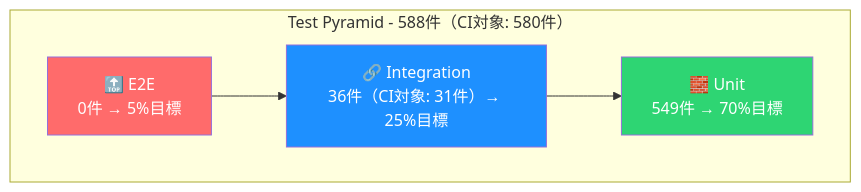
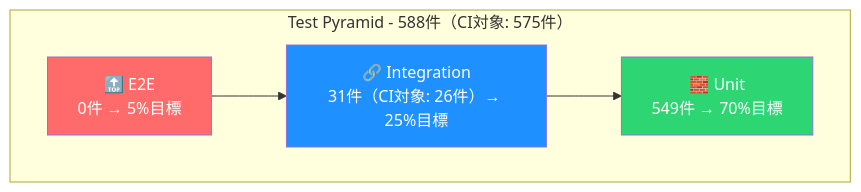
One commit to yaoki-dev/api-test-devops-portfolio changed the second of 3 diagrams in README.md. Above: the diagram before and after it, drawn with Mermaid. The commit also changed other lines of this file and 8 other files, not shown here.

````diff
--- a/README.md
+++ b/README.md
@@ -289,13 +290,13 @@
 ```mermaid
 graph TB
-    subgraph "Test Pyramid - 588件（CI対象: 580件）"
+    subgraph "Test Pyramid - 588件（CI対象: 575件）"
         E2E["🔝 E2E<br/>0件 → 5%目標"]
-        Integration["🔗 Integration<br/>36件（CI対象: 31件）→ 25%目標"]
+        Integration["🔗 Integration<br/>31件（CI対象: 26件）→ 25%目標"]
         Unit["🧱 Unit<br/>549件 → 70%目標"]
     end
     E2E --> Integration --> Unit
 
     style E2E fill:#ff6b6b,color:#fff
     style Integration fill:#1e90ff,color:#fff
     style Unit fill:#2ed573,color:#fff
 ```
````
